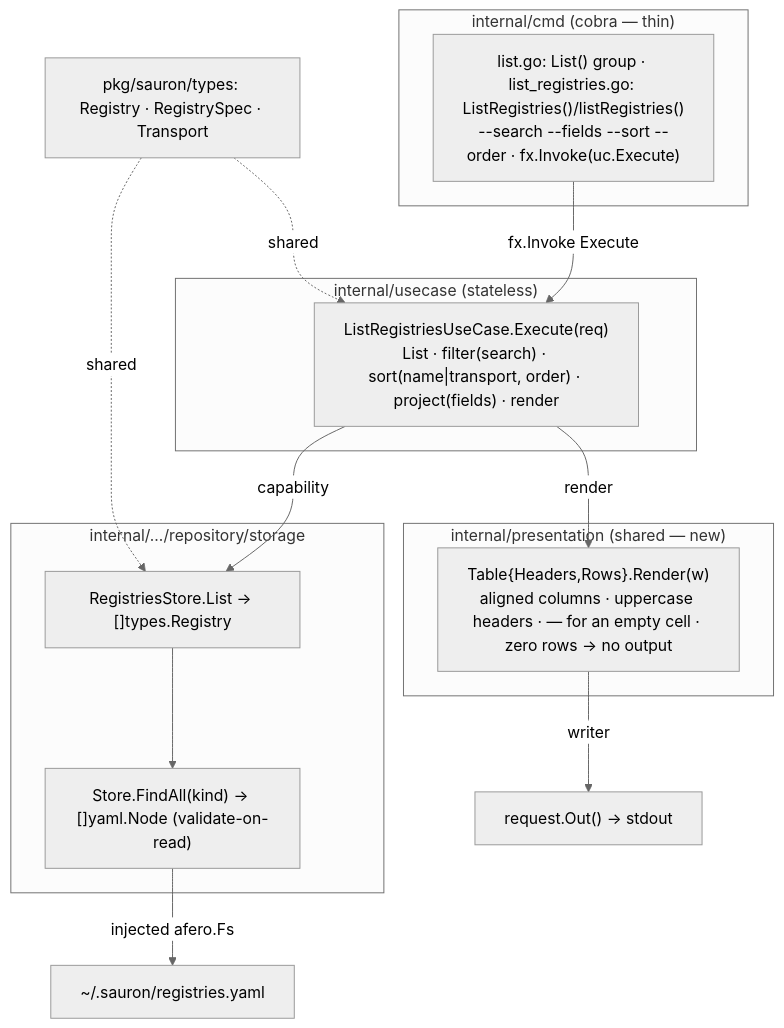
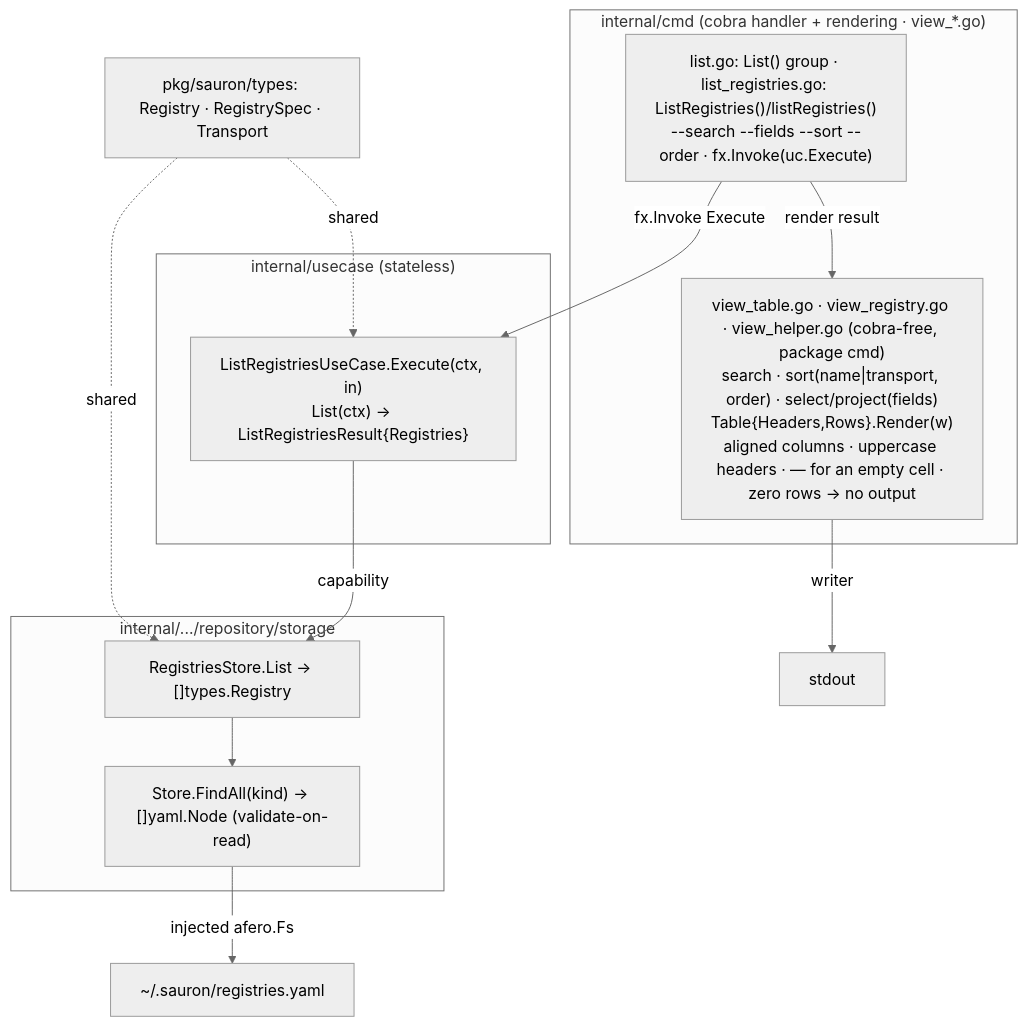
Before and after one commit to Delfimarime/sauron: the diagram in spec/0002-list-registries/plan.md, drawn with Mermaid (neutral theme). The commit also changed other lines of this file and 36 other files, not shown here.

````diff
--- a/spec/0002-list-registries/plan.md
+++ b/spec/0002-list-registries/plan.md
@@ -62,26 +63,24 @@
 ```mermaid
 graph TD
-  subgraph cmd["internal/cmd (cobra — thin)"]
+  subgraph cmd["internal/cmd (cobra handler + rendering · view_*.go)"]
     LR["list.go: List() group · list_registries.go: ListRegistries()/listRegistries()<br/>--search --fields --sort --order · fx.Invoke(uc.Execute)"]
+    T["view_table.go · view_registry.go · view_helper.go (cobra-free, package cmd)<br/>search · sort(name|transport, order) · select/project(fields)<br/>Table{Headers,Rows}.Render(w)<br/>aligned columns · uppercase headers · — for an empty cell · zero rows → no output"]
   end
   subgraph uc["internal/usecase (stateless)"]
-    UC["ListRegistriesUseCase.Execute(req)<br/>List · filter(search) · sort(name|transport, order) · project(fields) · render"]
-  end
-  subgraph pres["internal/presentation (shared — new)"]
-    T["Table{Headers,Rows}.Render(w)<br/>aligned columns · uppercase headers · — for an empty cell · zero rows → no output"]
+    UC["ListRegistriesUseCase.Execute(ctx, in)<br/>List(ctx) → ListRegistriesResult{Registries}"]
   end
   subgraph store["internal/.../repository/storage"]
     RS["RegistriesStore.List → []types.Registry"]
     ST["Store.FindAll(kind) → []yaml.Node (validate-on-read)"]
   end
   TYPES["pkg/sauron/types: Registry · RegistrySpec · Transport"]
 
   LR -->|fx.Invoke Execute| UC
   UC -->|capability| RS
-  UC -->|render| T
   RS --> ST
   ST -->|injected afero.Fs| HOME["~/.sauron/registries.yaml"]
-  T -->|writer| OUT["request.Out() → stdout"]
+  LR -->|render result| T
+  T -->|writer| OUT["stdout"]
   TYPES -.shared.-> UC
   TYPES -.shared.-> RS
 ```
````
